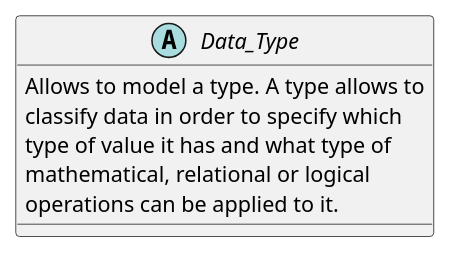
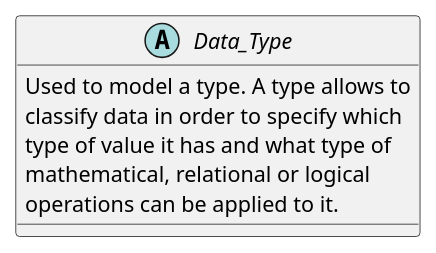
The diagram in Meta-Classes/Data_Type.puml (HomeMadeBots/Embedded_Software_Meta_Model), drawn with PlantUML before and after one commit. The commit also changed 17 other files, not shown here.

```diff
--- a/Meta-Classes/Data_Type.puml
+++ b/Meta-Classes/Data_Type.puml
@@ -1,12 +1,12 @@
 @startuml
 
 abstract class Data_Type
 {
-  Allows to model a type. A type allows to
+  Used to model a type. A type allows to
   classify data in order to specify which
   type of value it has and what type of
   mathematical, relational or logical
   operations can be applied to it.
 }
 
 @enduml
```
